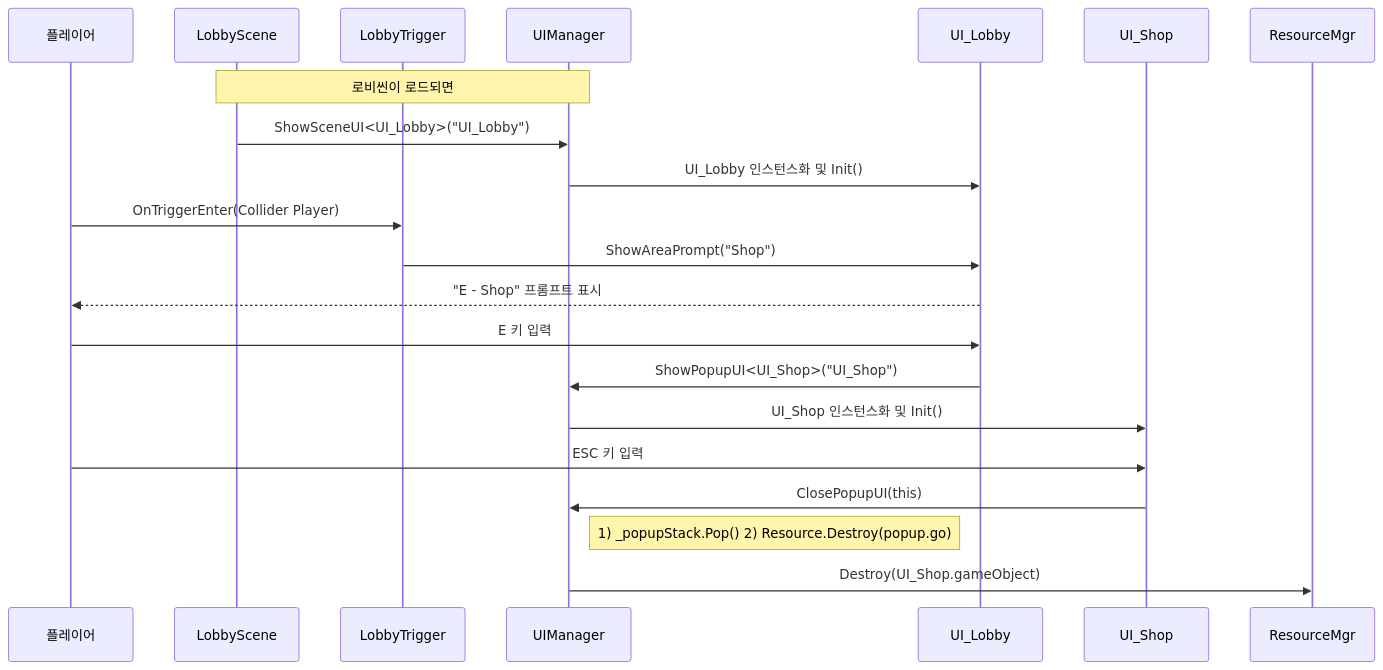
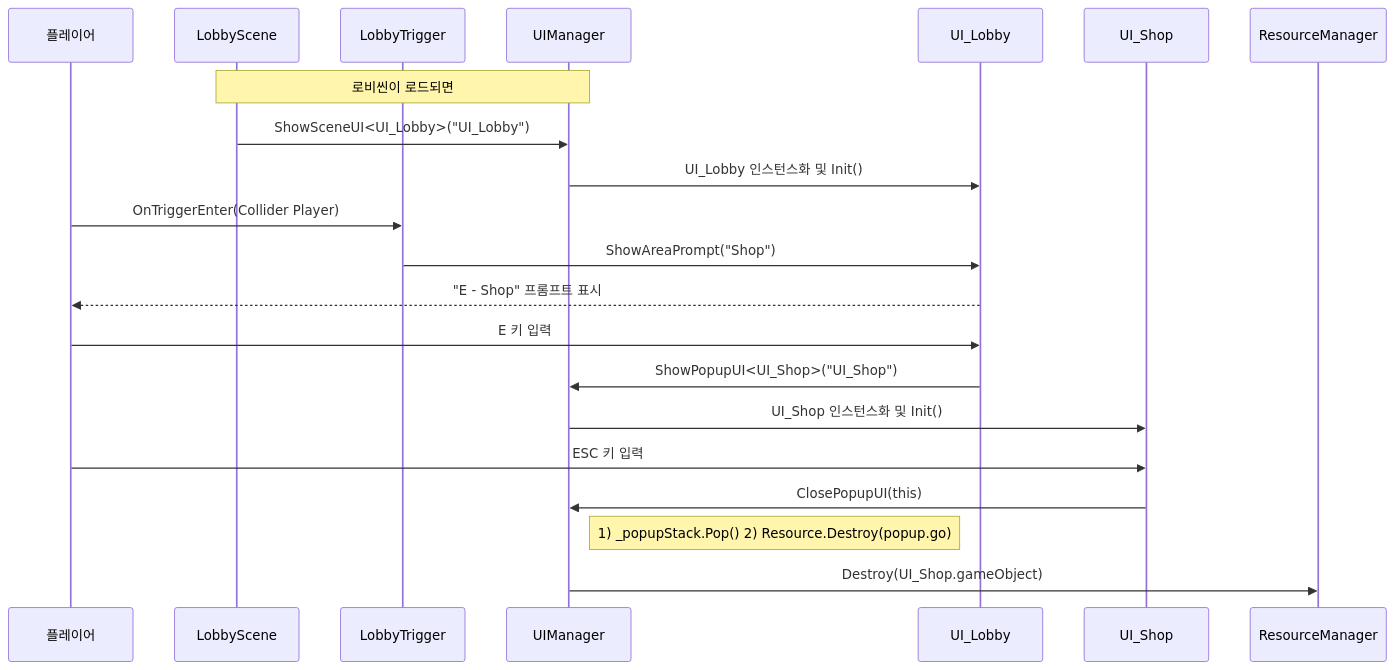
Before and after one commit to heejune1209/Just-climb-: the diagram in UI 시퀀스 다이어그램.md, drawn with Mermaid.

Commit message:
Update UI 시퀀스 다이어그램.md

````diff
--- a/UI 시퀀스 다이어그램.md
+++ b/UI 시퀀스 다이어그램.md
@@ -4,32 +4,34 @@
 ```mermaid
 sequenceDiagram
     %% 참여자 정의
     participant Player     as 플레이어
     participant LobbyScene as LobbyScene
     participant LobbyTrigger as LobbyTrigger
     participant UIManager  as UIManager
     participant UI_Lobby   as UI_Lobby
     participant UI_Shop    as UI_Shop
+    participant ResourceMgr  as ResourceManager
+
 
     %% 1) 로비 씬 로드 및 UI_Lobby 생성
     Note over LobbyScene, UIManager: 로비씬이 로드되면
     LobbyScene->>UIManager: ShowSceneUI<UI_Lobby>("UI_Lobby")
     UIManager->>UI_Lobby: UI_Lobby 인스턴스화 및 Init()
 
     %% 2) 플레이어가 Shop 영역에 진입
     Player->>LobbyTrigger: OnTriggerEnter(Collider Player)
     LobbyTrigger->>UI_Lobby: ShowAreaPrompt("Shop")
     UI_Lobby-->>Player: "E - Shop" 프롬프트 표시
 
     %% 3) 플레이어가 E 키 입력 → 상점 팝업 열기
     Player->>UI_Lobby: E 키 입력
     UI_Lobby->>UIManager: ShowPopupUI<UI_Shop>("UI_Shop")
     UIManager->>UI_Shop: UI_Shop 인스턴스화 및 Init()
 
     %% 4) ESC 키 입력 → 팝업 닫기
     Player->>UI_Shop: ESC 키 입력
     UI_Shop->>UIManager: ClosePopupUI(this)
     Note right of UIManager: 1) _popupStack.Pop()  2) Resource.Destroy(popup.go)
     UIManager->>ResourceMgr: Destroy(UI_Shop.gameObject)
 
 ```
````
